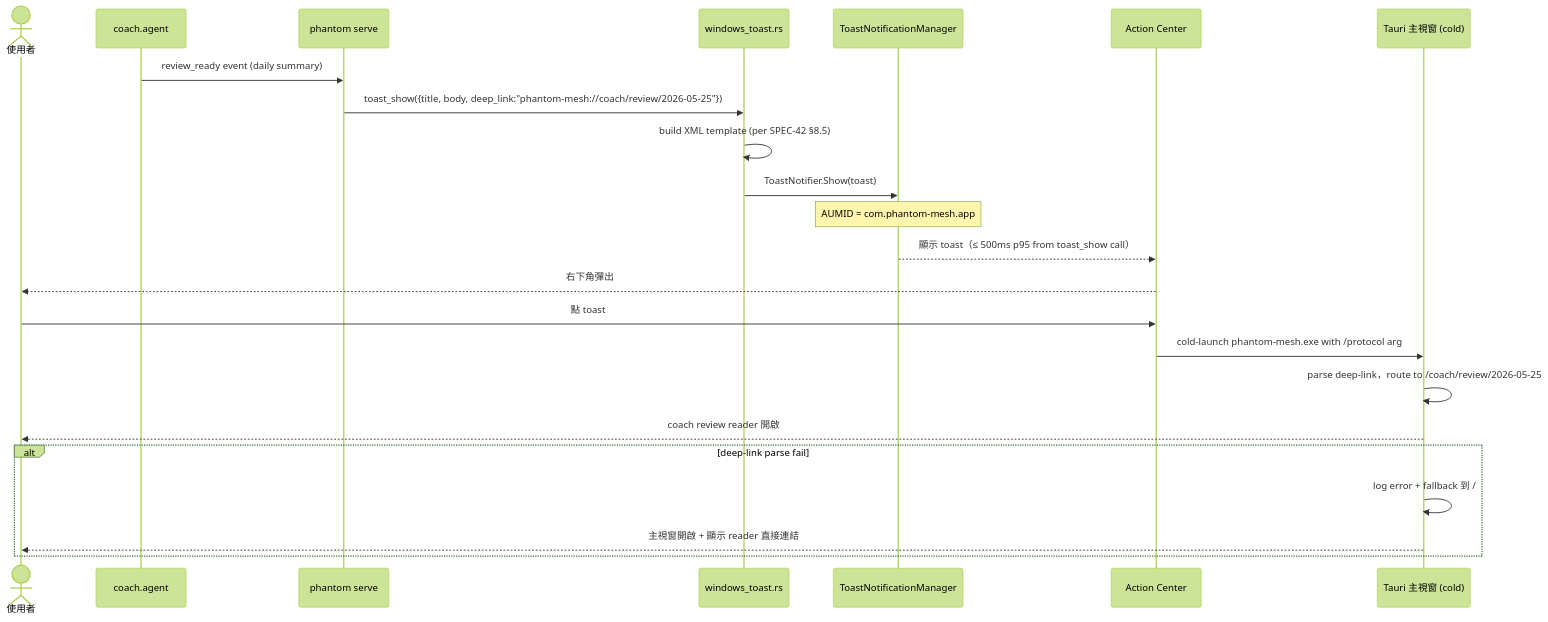
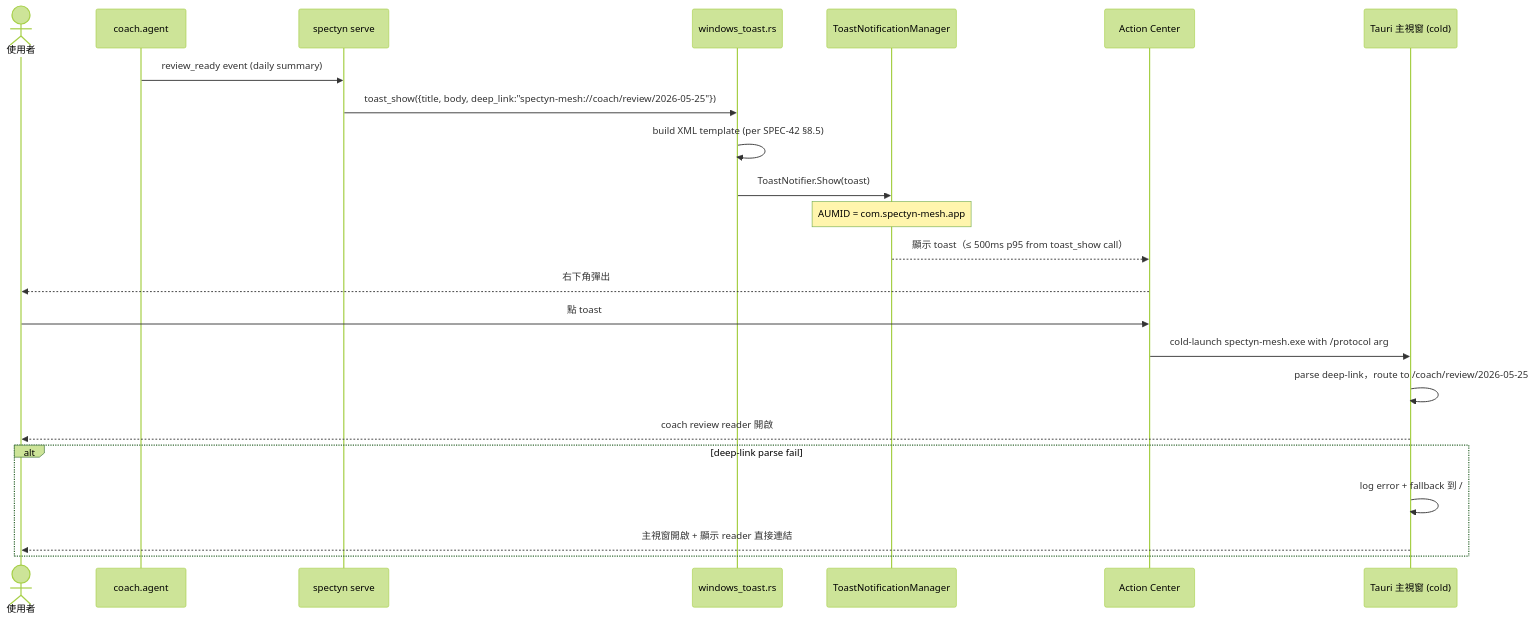
Before and after one commit to markl-a/phantom-mesh: the third of 7 diagrams in docs/spec/history/2026-05-30/deferred/SPEC-43-PLATFORM-Windows-screens-flows.md, drawn with Mermaid (forest theme). The commit also changed other lines of this file and 1245 other files, not shown here.

First line of the commit message:
rename: phantom -> spectyn across the public tree

````diff
--- a/docs/spec/history/2026-05-30/deferred/SPEC-43-PLATFORM-Windows-screens-flows.md
+++ b/docs/spec/history/2026-05-30/deferred/SPEC-43-PLATFORM-Windows-screens-flows.md
@@ -300,26 +300,26 @@
 ```mermaid
 sequenceDiagram
     actor User as 使用者
     participant Coach as coach.agent
-    participant Serve as phantom serve
+    participant Serve as spectyn serve
     participant ToastMod as windows_toast.rs
     participant WinRT as ToastNotificationManager
     participant AC as Action Center
     participant Tauri as Tauri 主視窗 (cold)
 
     Coach->>Serve: review_ready event (daily summary)
-    Serve->>ToastMod: toast_show({title, body, deep_link:"phantom-mesh://coach/review/2026-05-25"})
+    Serve->>ToastMod: toast_show({title, body, deep_link:"spectyn-mesh://coach/review/2026-05-25"})
     ToastMod->>ToastMod: build XML template (per SPEC-42 §8.5)
     ToastMod->>WinRT: ToastNotifier.Show(toast)
-    Note over WinRT: AUMID = com.phantom-mesh.app
+    Note over WinRT: AUMID = com.spectyn-mesh.app
     WinRT-->>AC: 顯示 toast（≤ 500ms p95 from toast_show call）
     AC-->>User: 右下角彈出
     User->>AC: 點 toast
-    AC->>Tauri: cold-launch phantom-mesh.exe with /protocol arg
+    AC->>Tauri: cold-launch spectyn-mesh.exe with /protocol arg
     Tauri->>Tauri: parse deep-link，route to /coach/review/2026-05-25
     Tauri-->>User: coach review reader 開啟
     alt deep-link parse fail
         Tauri->>Tauri: log error + fallback 到 /
         Tauri-->>User: 主視窗開啟 + 顯示 reader 直接連結
     end
 ```
````
